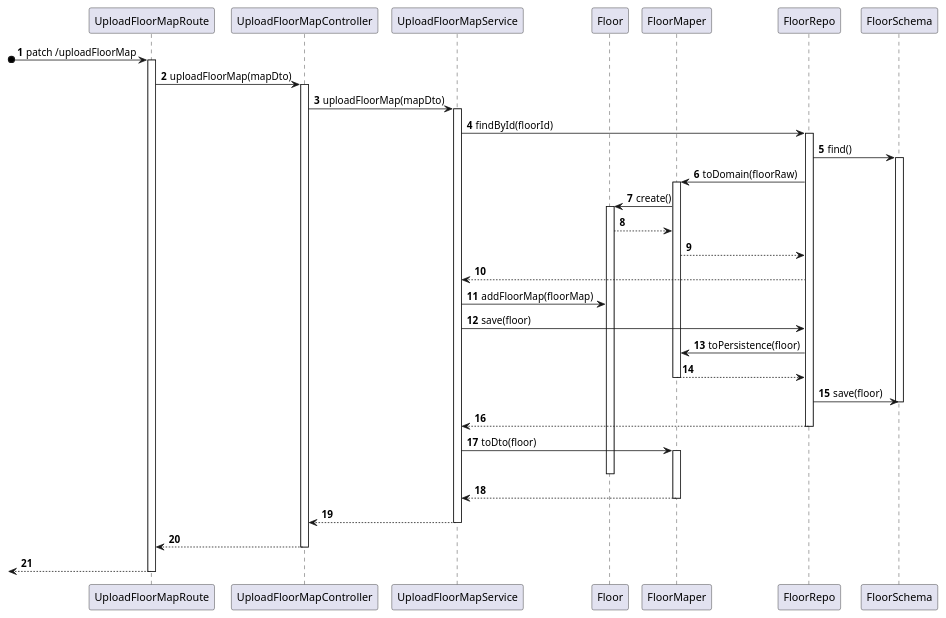
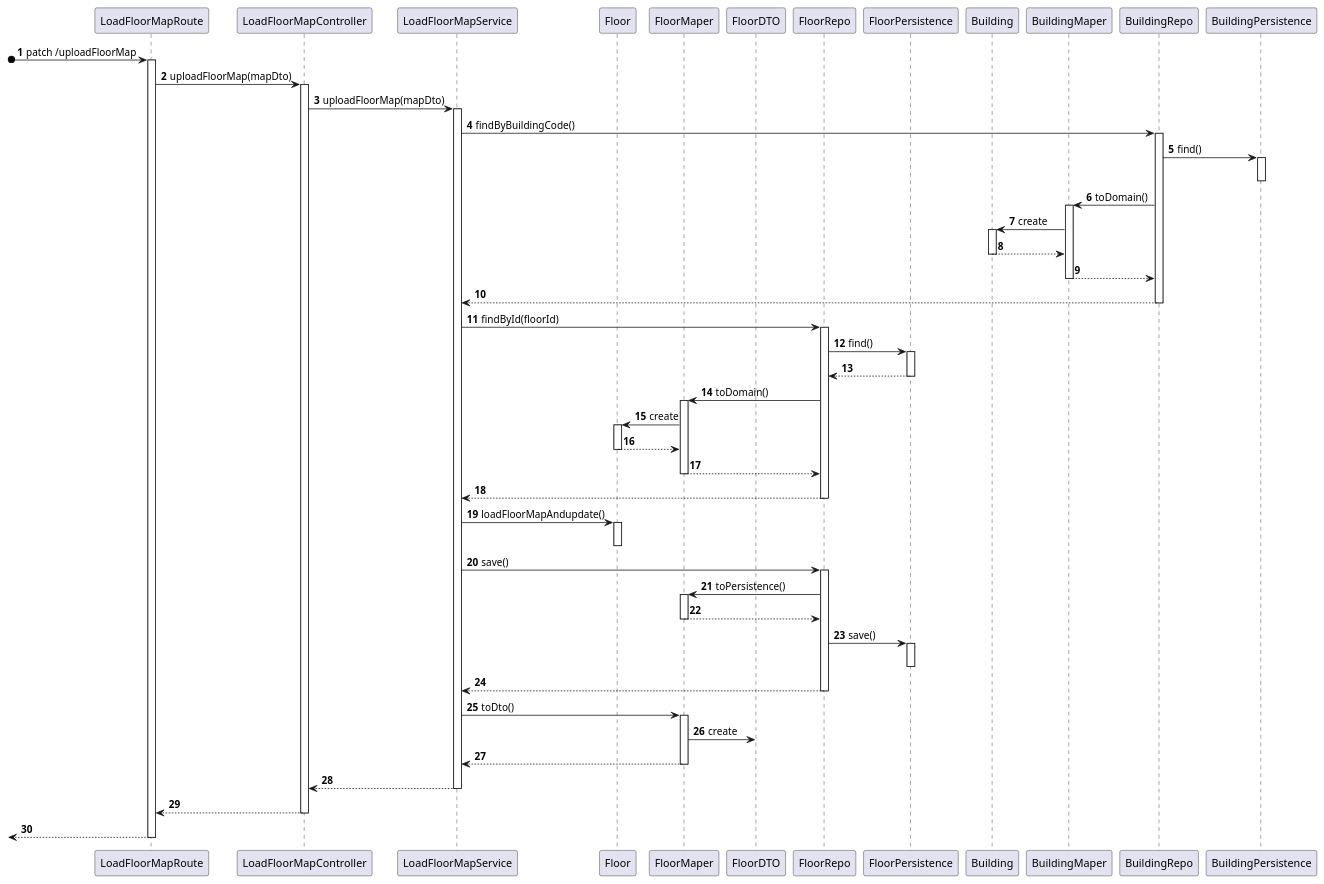
One commit to Pedro-Pereira1/sem5pi_23_24_g056 changed the diagram in docs/US_230/Diagrams/level3/ProcessViewLevel3.puml. Above: the diagram before and after it, drawn with PlantUML. The commit also changed 16 other files, not shown here.

```diff
--- a/docs/US_230/Diagrams/level3/ProcessViewLevel3.puml
+++ b/docs/US_230/Diagrams/level3/ProcessViewLevel3.puml
@@ -1,72 +1,114 @@
 @startuml ProcessViewLevel3
 'https://plantuml.com/sequence-diagram
 
 autonumber
-participant UploadFloorMapRoute
-participant UploadFloorMapController
-participant UploadFloorMapService
+participant LoadFloorMapRoute
+participant LoadFloorMapController
+participant LoadFloorMapService
 participant Floor
 participant FloorMaper
+participant FloorDTO
 participant FloorRepo
-participant FloorSchema
+participant FloorPersistence
+participant Building
+participant BuildingMaper
+participant BuildingRepo
+participant BuildingPersistence
 
-?o->UploadFloorMapRoute : patch /uploadFloorMap
-activate UploadFloorMapRoute
+?o->LoadFloorMapRoute : patch /uploadFloorMap
+activate LoadFloorMapRoute
 
-UploadFloorMapRoute -> UploadFloorMapController : uploadFloorMap(mapDto)
-activate UploadFloorMapController
+LoadFloorMapRoute -> LoadFloorMapController : uploadFloorMap(mapDto)
+activate LoadFloorMapController
 
-UploadFloorMapController -> UploadFloorMapService : uploadFloorMap(mapDto)
-activate UploadFloorMapService
+LoadFloorMapController -> LoadFloorMapService : uploadFloorMap(mapDto)
+activate LoadFloorMapService
 
-UploadFloorMapService -> FloorRepo : findById(floorId)
+LoadFloorMapService -> BuildingRepo : findByBuildingCode()
+activate BuildingRepo
+
+BuildingRepo -> BuildingPersistence : find()
+activate BuildingPersistence
+deactivate BuildingPersistence
+
+BuildingRepo -> BuildingMaper : toDomain()
+activate BuildingMaper
+
+BuildingMaper -> Building : create
+activate Building
+
+Building --> BuildingMaper
+deactivate Building
+
+BuildingMaper --> BuildingRepo
+deactivate BuildingMaper
+
+BuildingRepo --> LoadFloorMapService
+
+deactivate BuildingRepo
+
+
+
+
+LoadFloorMapService -> FloorRepo : findById(floorId)
 activate FloorRepo
 
-FloorRepo -> FloorSchema : find()
-activate FloorSchema
+FloorRepo -> FloorPersistence : find()
+activate FloorPersistence
+FloorPersistence --> FloorRepo
+deactivate FloorPersistence
 
-FloorRepo -> FloorMaper : toDomain(floorRaw)
+FloorRepo -> FloorMaper : toDomain()
 activate FloorMaper
 
-FloorMaper -> Floor : create()
+FloorMaper -> Floor : create
 activate Floor
 
 Floor --> FloorMaper
-
-FloorMaper --> FloorRepo : 
-
-FloorRepo --> UploadFloorMapService
-
-UploadFloorMapService -> Floor : addFloorMap(floorMap)
-
-
-UploadFloorMapService -> FloorRepo : save(floor)
-
-FloorRepo -> FloorMaper : toPersistence(floor)
+deactivate Floor
 
 FloorMaper --> FloorRepo 
 deactivate FloorMaper
 
-FloorRepo -> FloorSchema : save(floor)
-deactivate FloorSchema
-
-FloorRepo --> UploadFloorMapService
+FloorRepo --> LoadFloorMapService
 deactivate FloorRepo
 
-UploadFloorMapService -> FloorMaper : toDto(floor)
-activate FloorMaper
+LoadFloorMapService -> Floor : loadFloorMapAndupdate()
+activate Floor
+
 deactivate Floor
 
-FloorMaper --> UploadFloorMapService
+LoadFloorMapService -> FloorRepo : save()
+activate FloorRepo
+
+FloorRepo -> FloorMaper : toPersistence()
+activate FloorMaper
+
+FloorMaper --> FloorRepo
 deactivate FloorMaper
 
-UploadFloorMapService --> UploadFloorMapController
-deactivate UploadFloorMapService
+FloorRepo -> FloorPersistence : save()
+activate FloorPersistence
+deactivate FloorPersistence
 
-UploadFloorMapController --> UploadFloorMapRoute
-deactivate UploadFloorMapController
+FloorRepo --> LoadFloorMapService
+deactivate FloorRepo
 
-<-- UploadFloorMapRoute
-deactivate UploadFloorMapRoute
+LoadFloorMapService -> FloorMaper : toDto()
+activate FloorMaper
+
+FloorMaper -> FloorDTO : create
+
+FloorMaper --> LoadFloorMapService
+deactivate FloorMaper
+
+LoadFloorMapService --> LoadFloorMapController
+deactivate LoadFloorMapService
+
+LoadFloorMapController --> LoadFloorMapRoute
+deactivate LoadFloorMapController
+
+<-- LoadFloorMapRoute
+deactivate LoadFloorMapRoute
 
 @enduml
```
